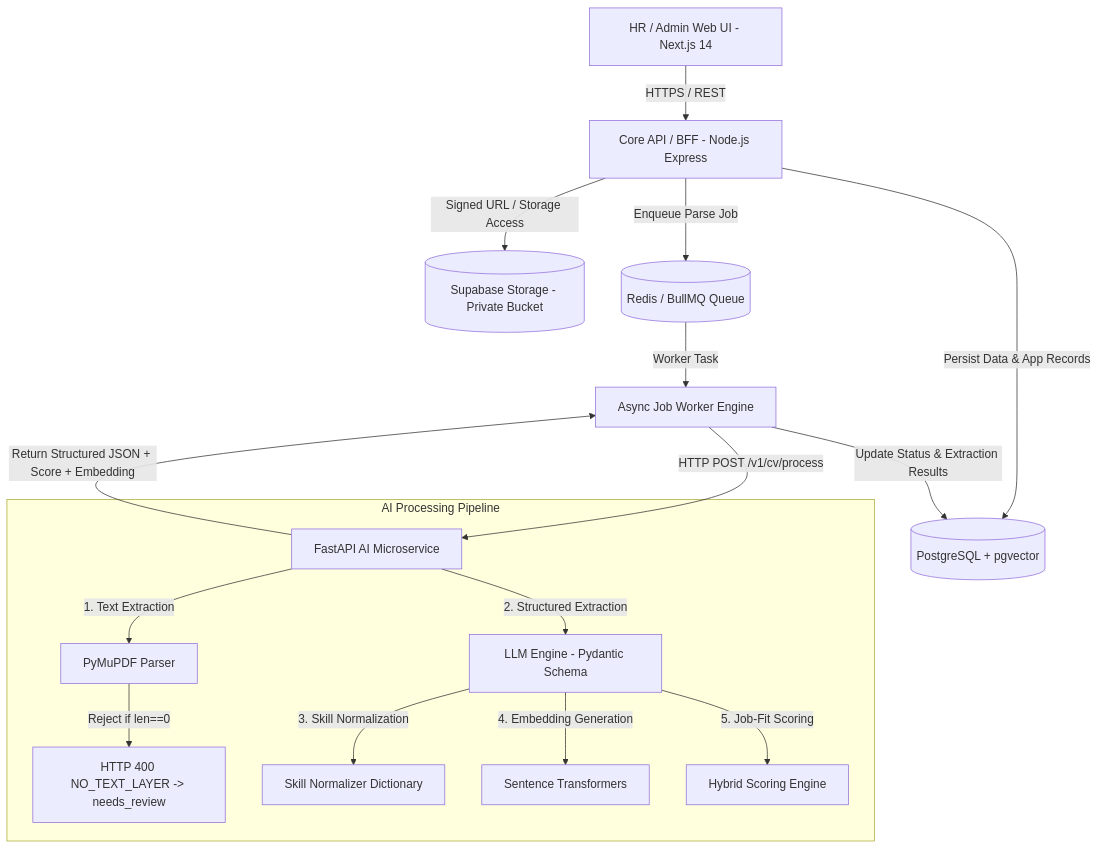
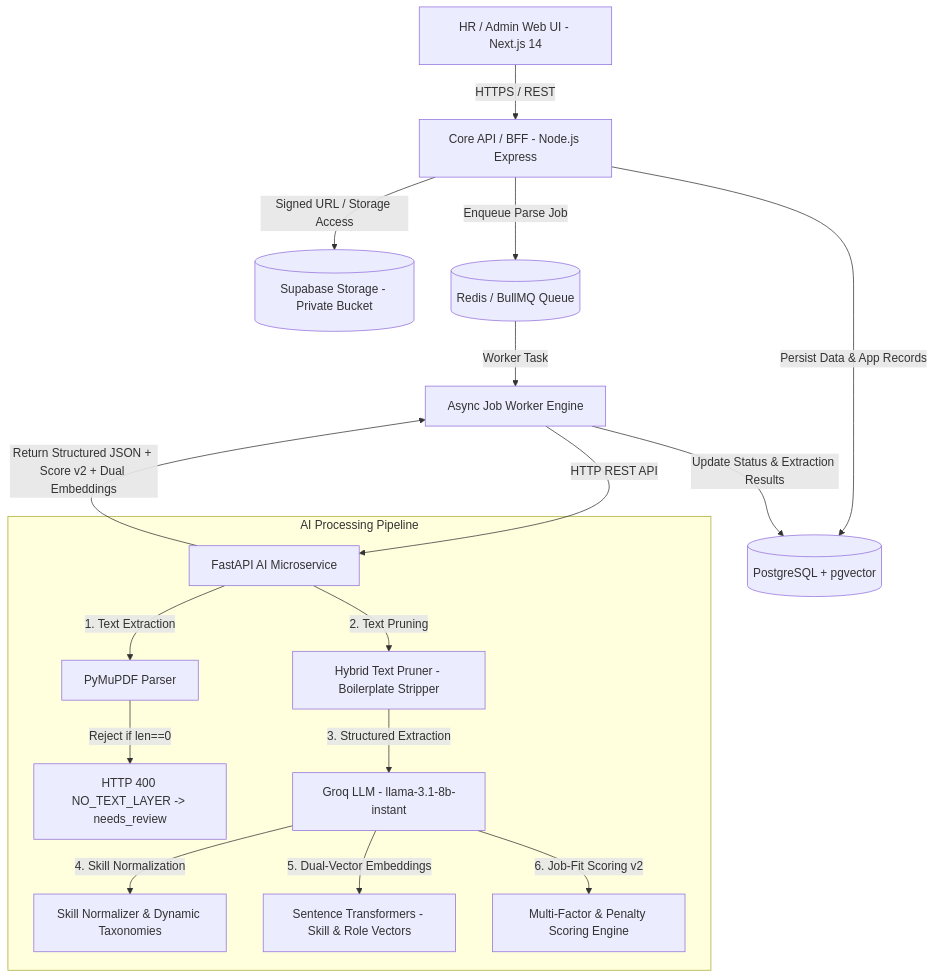
One commit to aditlab-code/resumix-ai changed the diagram in README.md. Above: the diagram before and after it, drawn with Mermaid. The commit also changed other lines of this file and 6 other files, not shown here.

````diff
--- a/README.md
+++ b/README.md
@@ -23,21 +23,22 @@
 ```mermaid
 graph TD
     User[HR / Admin Web UI - Next.js 14] -->|HTTPS / REST| API[Core API / BFF - Node.js Express]
     API -->|Signed URL / Storage Access| Storage[(Supabase Storage - Private Bucket)]
     API -->|Persist Data & App Records| DB[(PostgreSQL + pgvector)]
     API -->|Enqueue Parse Job| Queue[(Redis / BullMQ Queue)]
     Queue -->|Worker Task| Worker[Async Job Worker Engine]
-    Worker -->|HTTP POST /v1/cv/process| AIService[FastAPI AI Microservice]
+    Worker -->|HTTP REST API| AIService[FastAPI AI Microservice]
     
     subgraph AI Processing Pipeline
         AIService -->|1. Text Extraction| PyMuPDF[PyMuPDF Parser]
         PyMuPDF -->|Reject if len==0| Reject[HTTP 400 NO_TEXT_LAYER -> needs_review]
-        AIService -->|2. Structured Extraction| LLM[LLM Engine - Pydantic Schema]
-        LLM -->|3. Skill Normalization| Normalizer[Skill Normalizer Dictionary]
-        LLM -->|4. Embedding Generation| Embedder[Sentence Transformers]
-        LLM -->|5. Job-Fit Scoring| Scoring[Hybrid Scoring Engine]
+        AIService -->|2. Text Pruning| Pruner[Hybrid Text Pruner - Boilerplate Stripper]
+        Pruner -->|3. Structured Extraction| LLM[Groq LLM - llama-3.1-8b-instant]
+        LLM -->|4. Skill Normalization| Normalizer[Skill Normalizer & Dynamic Taxonomies]
+        LLM -->|5. Dual-Vector Embeddings| Embedder[Sentence Transformers - Skill & Role Vectors]
+        LLM -->|6. Job-Fit Scoring v2| Scoring[Multi-Factor & Penalty Scoring Engine]
     end
 
-    AIService -->|Return Structured JSON + Score + Embedding| Worker
+    AIService -->|Return Structured JSON + Score v2 + Dual Embeddings| Worker
     Worker -->|Update Status & Extraction Results| DB
 ```
````
